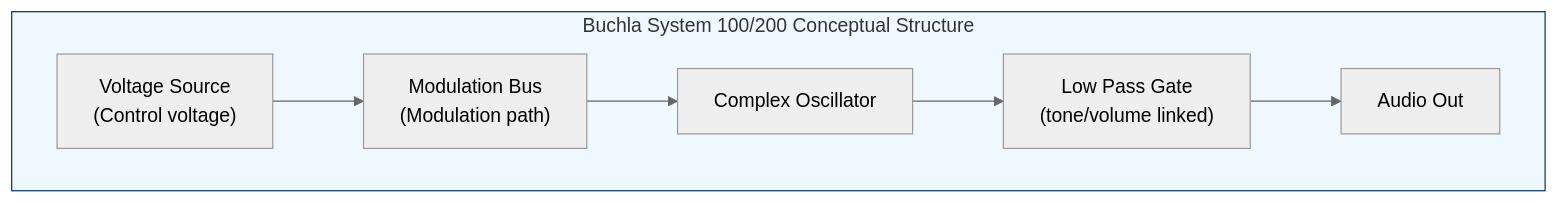
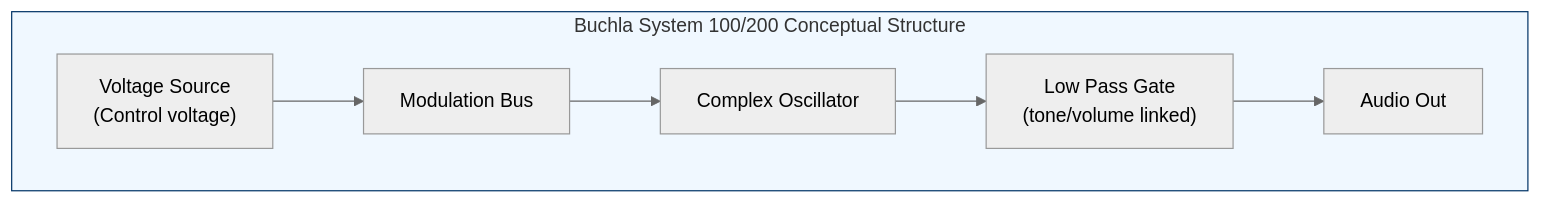
The first of 2 diagrams in en/_posts/2025-10-25-column-buchla-serge.md (monumental-movement/monumental-movement.github.io), drawn with Mermaid (neutral theme) before and after one commit. The commit also changed other lines of this file and 296 other files, not shown here.

```diff
--- a/en/_posts/2025-10-25-column-buchla-serge.md
+++ b/en/_posts/2025-10-25-column-buchla-serge.md
@@ -67,13 +67,13 @@
 <div class="mermaid">
 
 flowchart LR
   subgraph Buchla_System["Buchla System 100/200 Conceptual Structure"]
     direction LR
-    CV["Voltage Source<br>(Control voltage)"] --> MOD["Modulation Bus<br>(Modulation path)"]
+    CV["Voltage Source<br>(Control voltage)"] --> MOD["Modulation Bus<br>"]
     MOD --> OSC["Complex Oscillator<br>"]
     OSC --> LPG["Low Pass Gate<br>(tone/volume linked)"]
     LPG --> OUT["Audio Out"]
   end
   style Buchla_System fill:#f0f8ff,stroke:#003366,stroke-width:1px;
 
 </div>
```
